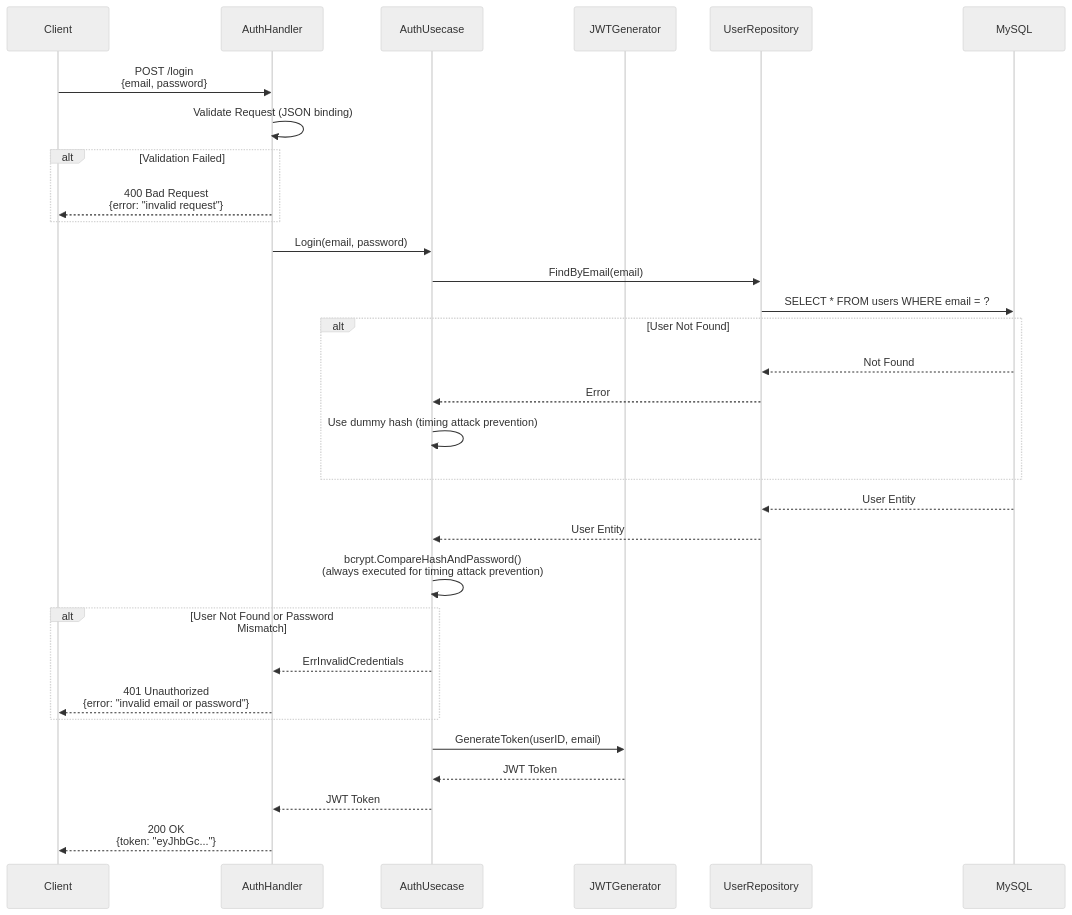
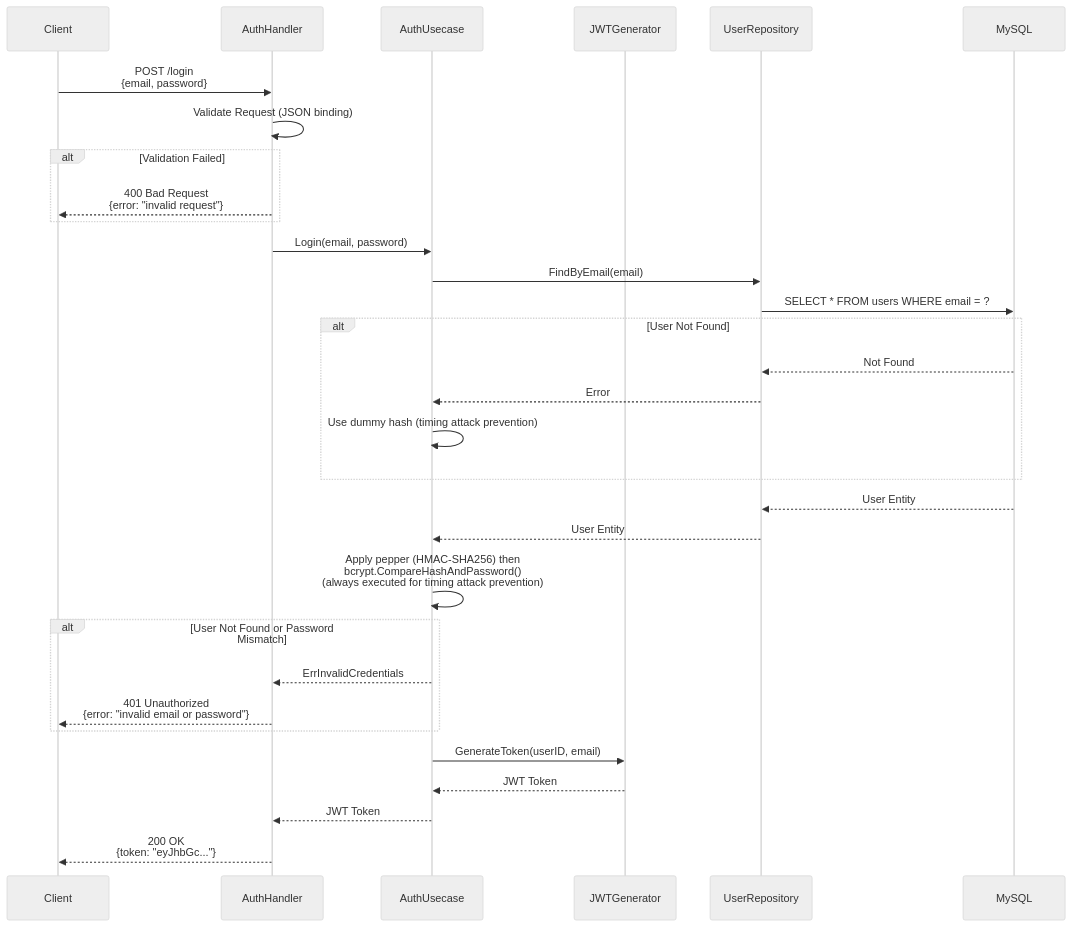
One commit to UCHIDAnobuhiro/stock_backend changed the second of 3 diagrams in internal/feature/auth/README.md. Above: the diagram before and after it, drawn with Mermaid (neutral theme). The commit also changed other lines of this file and 4 other files, not shown here.

````diff
--- a/internal/feature/auth/README.md
+++ b/internal/feature/auth/README.md
@@ -54,40 +54,40 @@
 ```mermaid
 sequenceDiagram
     participant Client
     participant Handler as AuthHandler
     participant Usecase as AuthUsecase
     participant JWTGenerator as JWTGenerator
     participant Repository as UserRepository
     participant DB as MySQL
 
     Client->>Handler: POST /login<br/>{email, password}
     Handler->>Handler: Validate Request (JSON binding)
 
     alt Validation Failed
         Handler-->>Client: 400 Bad Request<br/>{error: "invalid request"}
     end
 
     Handler->>Usecase: Login(email, password)
     Usecase->>Repository: FindByEmail(email)
     Repository->>DB: SELECT * FROM users WHERE email = ?
 
     alt User Not Found
         DB-->>Repository: Not Found
         Repository-->>Usecase: Error
         Usecase->>Usecase: Use dummy hash (timing attack prevention)
     end
 
     DB-->>Repository: User Entity
     Repository-->>Usecase: User Entity
-    Usecase->>Usecase: bcrypt.CompareHashAndPassword()<br/>(always executed for timing attack prevention)
+    Usecase->>Usecase: Apply pepper (HMAC-SHA256) then<br/>bcrypt.CompareHashAndPassword()<br/>(always executed for timing attack prevention)
 
     alt User Not Found or Password Mismatch
         Usecase-->>Handler: ErrInvalidCredentials
         Handler-->>Client: 401 Unauthorized<br/>{error: "invalid email or password"}
     end
 
     Usecase->>JWTGenerator: GenerateToken(userID, email)
     JWTGenerator-->>Usecase: JWT Token
     Usecase-->>Handler: JWT Token
     Handler-->>Client: 200 OK<br/>{token: "eyJhbGc..."}
 ```
````
